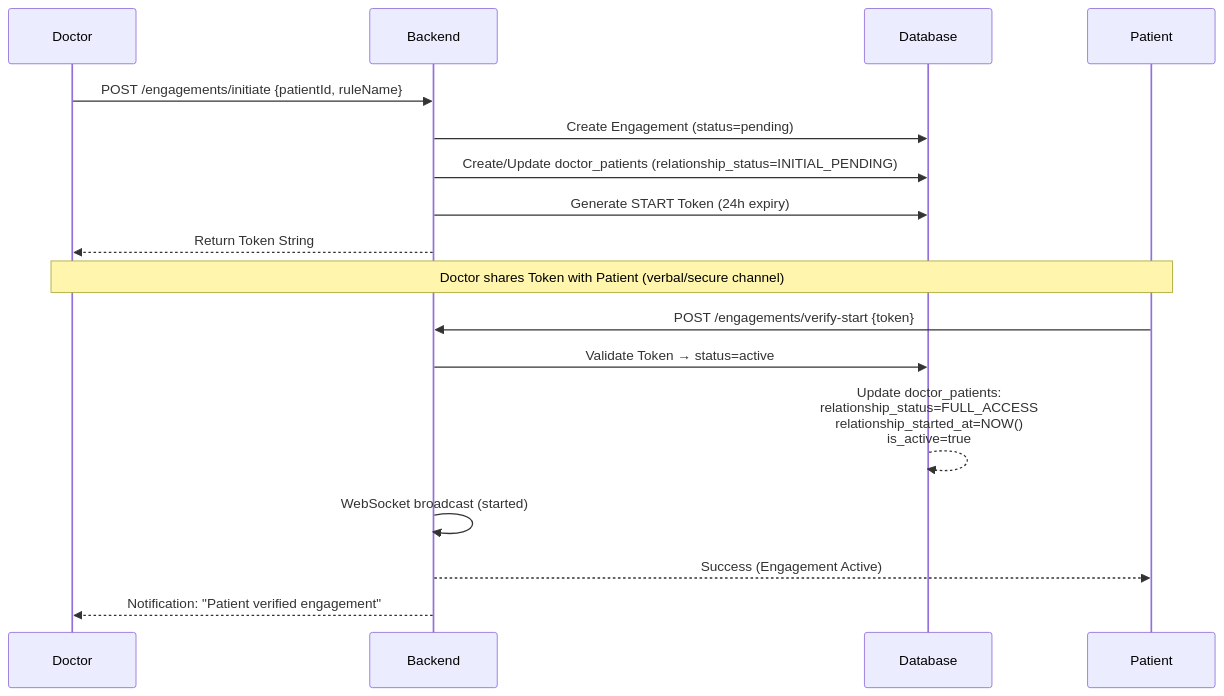
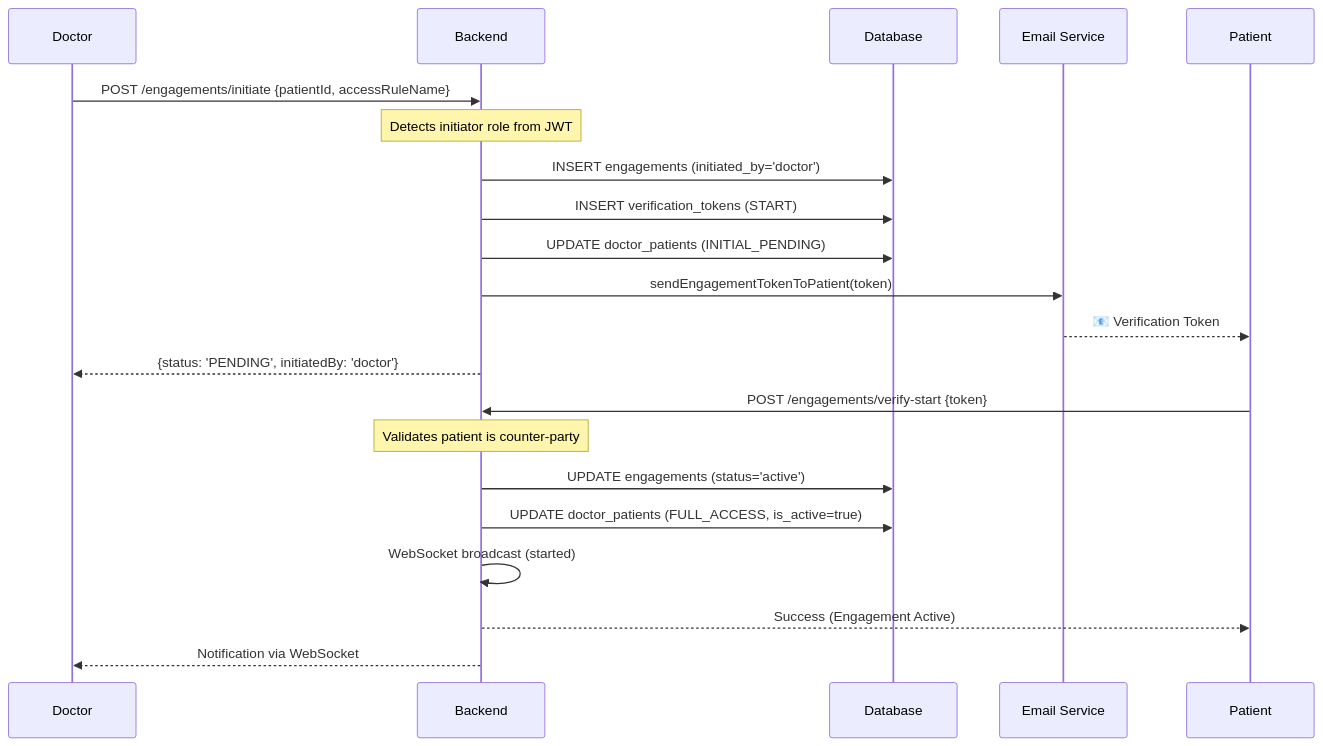
Before and after one commit to Abdallah-A-Raafat/Nuralhealer: the second of 5 diagrams in backend/backend/docs/api/ENGAGEMENT_LOGIC.md, drawn with Mermaid. The commit also changed other lines of this file and 53 other files, not shown here.

````diff
--- a/backend/backend/docs/api/ENGAGEMENT_LOGIC.md
+++ b/backend/backend/docs/api/ENGAGEMENT_LOGIC.md
@@ -131,22 +165,25 @@
 ```mermaid
 sequenceDiagram
     participant D as Doctor
     participant API as Backend
     participant DB as Database
+    participant Email as Email Service
     participant P as Patient
 
-    D->>API: POST /engagements/initiate {patientId, ruleName}
-    API->>DB: Create Engagement (status=pending)
-    API->>DB: Create/Update doctor_patients (relationship_status=INITIAL_PENDING)
-    API->>DB: Generate START Token (24h expiry)
-    API-->>D: Return Token String
-    
-    Note over D,P: Doctor shares Token with Patient (verbal/secure channel)
+    D->>API: POST /engagements/initiate {patientId, accessRuleName}
+    Note over API: Detects initiator role from JWT
+    API->>DB: INSERT engagements (initiated_by='doctor')
+    API->>DB: INSERT verification_tokens (START)
+    API->>DB: UPDATE doctor_patients (INITIAL_PENDING)
+    API->>Email: sendEngagementTokenToPatient(token)
+    Email-->>P: 📧 Verification Token
+    API-->>D: {status: 'PENDING', initiatedBy: 'doctor'}
     
     P->>API: POST /engagements/verify-start {token}
-    API->>DB: Validate Token → status=active
-    DB-->>DB: Update doctor_patients: <br/>relationship_status=FULL_ACCESS<br/>relationship_started_at=NOW()<br/>is_active=true
+    Note over API: Validates patient is counter-party
+    API->>DB: UPDATE engagements (status='active')
+    API->>DB: UPDATE doctor_patients (FULL_ACCESS, is_active=true)
     API->>API: WebSocket broadcast (started)
     API-->>P: Success (Engagement Active)
-    API-->>D: Notification: "Patient verified engagement"
+    API-->>D: Notification via WebSocket
 ```
````
